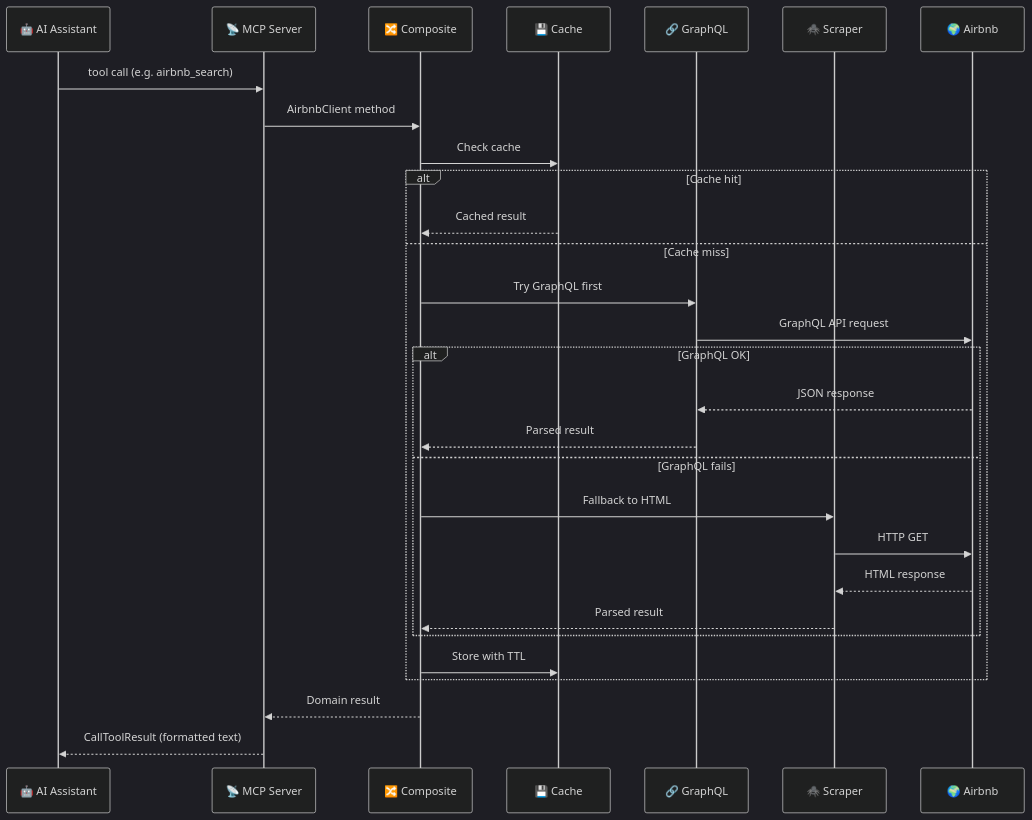
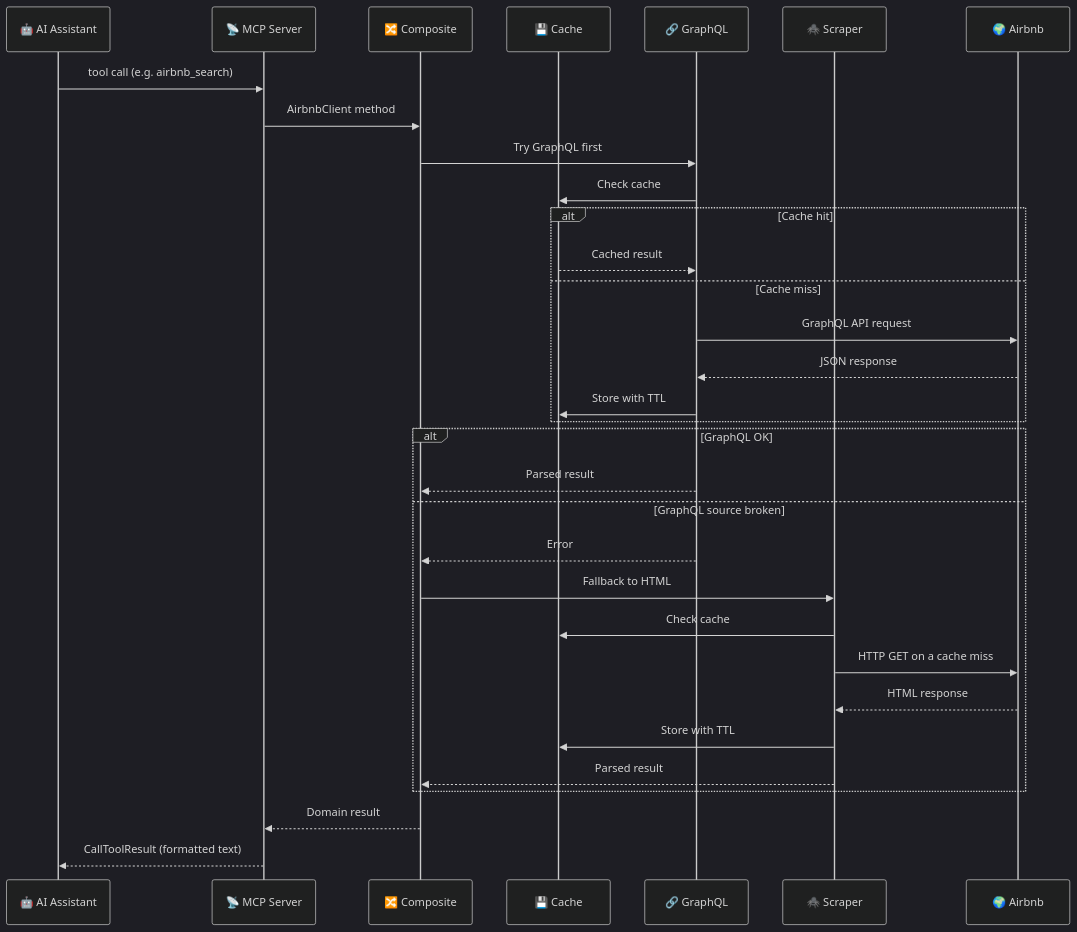
The second of 2 diagrams in README.md (muchiny/mcp-airbnb), drawn with Mermaid (dark theme) before and after one commit. The commit also changed other lines of this file and 16 other files, not shown here.

````diff
--- a/README.md
+++ b/README.md
@@ -524,32 +524,35 @@
 ```mermaid
 sequenceDiagram
     participant AI as 🤖 AI Assistant
     participant MCP as 📡 MCP Server
     participant Composite as 🔀 Composite
     participant Cache as 💾 Cache
     participant GQL as 🔗 GraphQL
     participant Scraper as 🕷️ Scraper
     participant AB as 🌍 Airbnb
 
     AI->>MCP: tool call (e.g. airbnb_search)
     MCP->>Composite: AirbnbClient method
-    Composite->>Cache: Check cache
+    Composite->>GQL: Try GraphQL first
+    GQL->>Cache: Check cache
     alt Cache hit
-        Cache-->>Composite: Cached result
+        Cache-->>GQL: Cached result
     else Cache miss
-        Composite->>GQL: Try GraphQL first
         GQL->>AB: GraphQL API request
-        alt GraphQL OK
-            AB-->>GQL: JSON response
-            GQL-->>Composite: Parsed result
-        else GraphQL fails
-            Composite->>Scraper: Fallback to HTML
-            Scraper->>AB: HTTP GET
-            AB-->>Scraper: HTML response
-            Scraper-->>Composite: Parsed result
-        end
-        Composite->>Cache: Store with TTL
+        AB-->>GQL: JSON response
+        GQL->>Cache: Store with TTL
+    end
+    alt GraphQL OK
+        GQL-->>Composite: Parsed result
+    else GraphQL source broken
+        GQL-->>Composite: Error
+        Composite->>Scraper: Fallback to HTML
+        Scraper->>Cache: Check cache
+        Scraper->>AB: HTTP GET on a cache miss
+        AB-->>Scraper: HTML response
+        Scraper->>Cache: Store with TTL
+        Scraper-->>Composite: Parsed result
     end
     Composite-->>MCP: Domain result
     MCP-->>AI: CallToolResult (formatted text)
 ```
````
